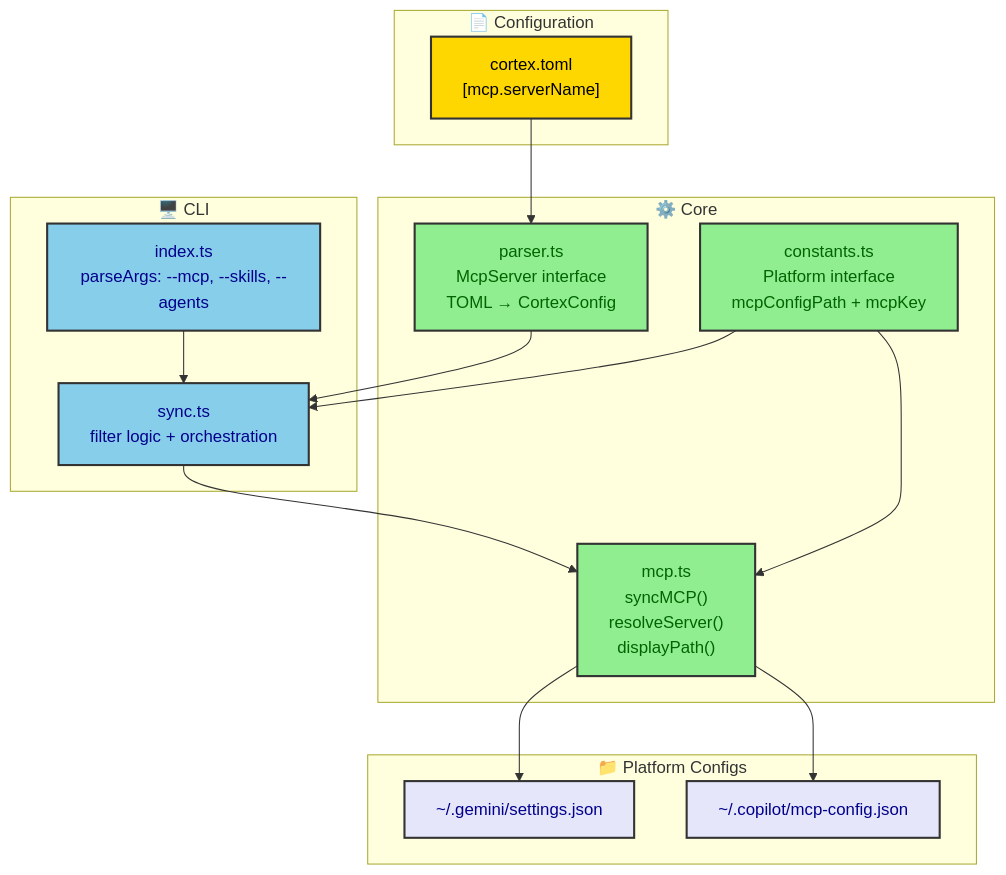
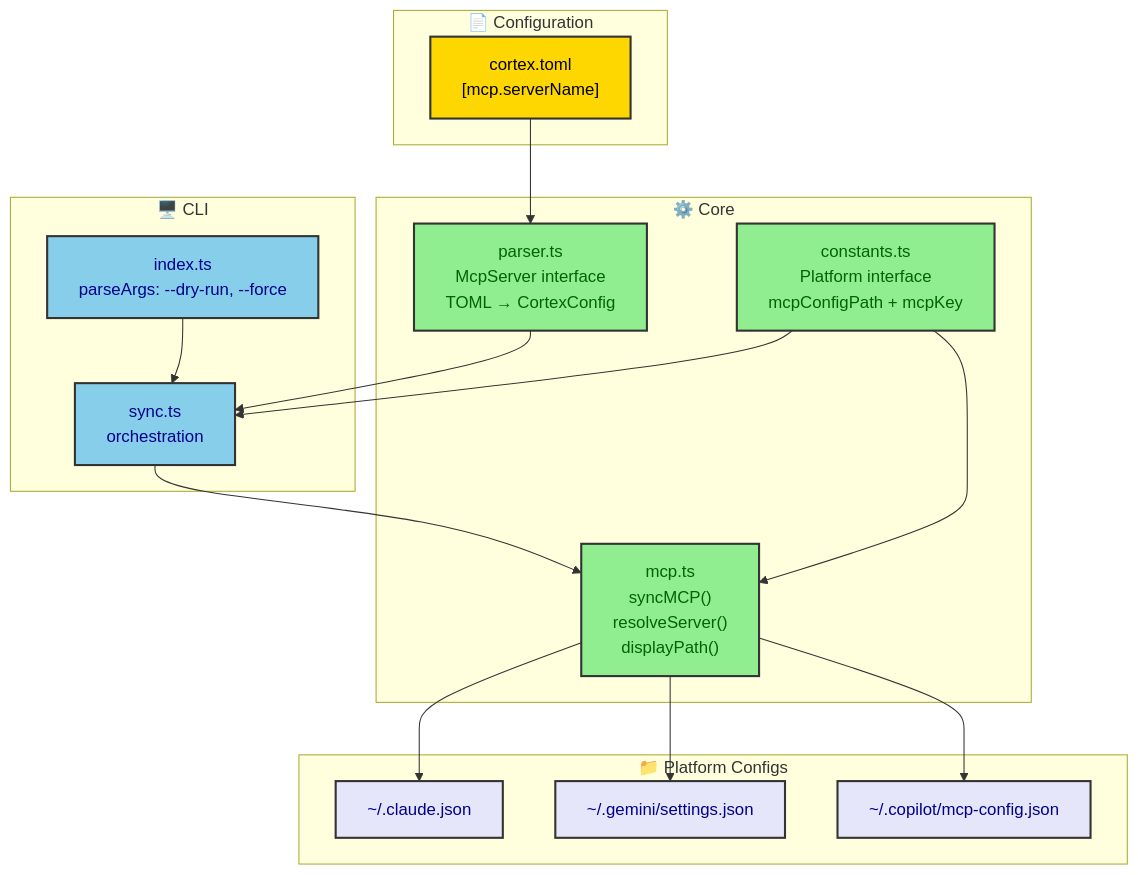
Before and after one commit to IgnacioCastro0713/cortex: the first of 3 diagrams in docs/mcp-sync-design.md, drawn with Mermaid. The commit also changed other lines of this file and 15 other files, not shown here.

First line of the commit message:
feat: add support for Claude CLI in MCP sync

````diff
--- a/docs/mcp-sync-design.md
+++ b/docs/mcp-sync-design.md
@@ -144,41 +97,43 @@
 ```mermaid
 graph TB
     subgraph "📄 Configuration"
         TOML["cortex.toml<br/>[mcp.serverName]"]
     end
 
     subgraph "⚙️ Core"
         Parser["parser.ts<br/>McpServer interface<br/>TOML → CortexConfig"]
         Constants["constants.ts<br/>Platform interface<br/>mcpConfigPath + mcpKey"]
         MCP["mcp.ts<br/>syncMCP()<br/>resolveServer()<br/>displayPath()"]
     end
 
     subgraph "🖥️ CLI"
-        Index["index.ts<br/>parseArgs: --mcp, --skills, --agents"]
-        Sync["sync.ts<br/>filter logic + orchestration"]
+        Index["index.ts<br/>parseArgs: --dry-run, --force"]
+        Sync["sync.ts<br/>orchestration"]
     end
 
     subgraph "📁 Platform Configs"
         Copilot["~/.copilot/mcp-config.json"]
         Gemini["~/.gemini/settings.json"]
+        Claude["~/.claude.json"]
     end
 
     TOML --> Parser
     Parser --> Sync
     Constants --> MCP
     Constants --> Sync
     Index --> Sync
     Sync --> MCP
     MCP --> Copilot
     MCP --> Gemini
+    MCP --> Claude
 
     classDef config fill:#FFD700,stroke:#333,stroke-width:2px,color:black
     classDef core fill:#90EE90,stroke:#333,stroke-width:2px,color:darkgreen
     classDef cli fill:#87CEEB,stroke:#333,stroke-width:2px,color:darkblue
     classDef output fill:#E6E6FA,stroke:#333,stroke-width:2px,color:darkblue
 
     class TOML config
     class Parser,Constants,MCP core
     class Index,Sync cli
-    class Copilot,Gemini output
+    class Copilot,Gemini,Claude output
 ```
````
